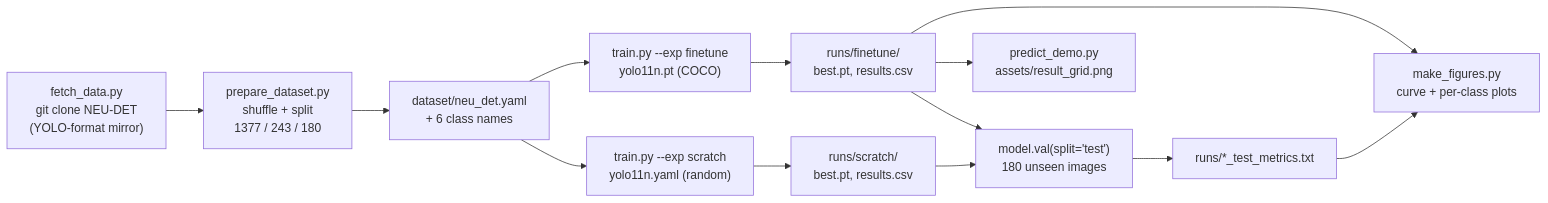
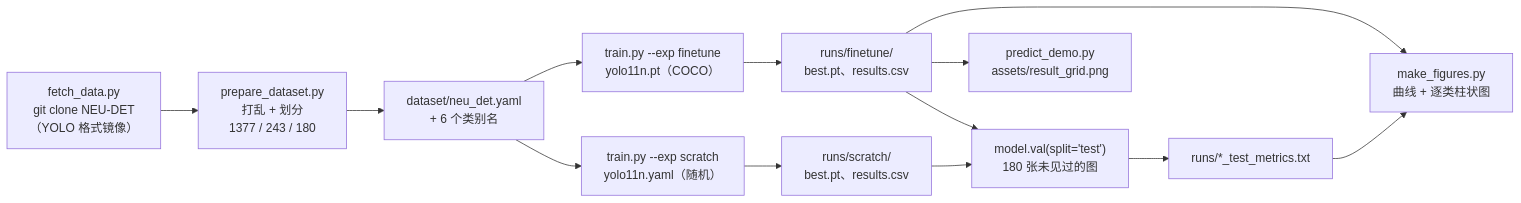
The diagram in README.md (wushaw1102/steel-surface-defect-detection), drawn with Mermaid before and after one commit. The commit also changed other lines of this file and 1 other file, not shown here.

````diff
--- a/README.md
+++ b/README.md
@@ -351,15 +321,15 @@
 ```mermaid
 flowchart LR
-    A["fetch_data.py<br/>git clone NEU-DET<br/>(YOLO-format mirror)"] --> B["prepare_dataset.py<br/>shuffle + split<br/>1377 / 243 / 180"]
-    B --> C["dataset/neu_det.yaml<br/>+ 6 class names"]
-    C --> D1["train.py --exp finetune<br/>yolo11n.pt (COCO)"]
-    C --> D2["train.py --exp scratch<br/>yolo11n.yaml (random)"]
-    D1 --> E1["runs/finetune/<br/>best.pt, results.csv"]
-    D2 --> E2["runs/scratch/<br/>best.pt, results.csv"]
-    E1 --> F["model.val(split='test')<br/>180 unseen images"]
+    A["fetch_data.py<br/>git clone NEU-DET<br/>（YOLO 格式镜像）"] --> B["prepare_dataset.py<br/>打乱 + 划分<br/>1377 / 243 / 180"]
+    B --> C["dataset/neu_det.yaml<br/>+ 6 个类别名"]
+    C --> D1["train.py --exp finetune<br/>yolo11n.pt（COCO）"]
+    C --> D2["train.py --exp scratch<br/>yolo11n.yaml（随机）"]
+    D1 --> E1["runs/finetune/<br/>best.pt、results.csv"]
+    D2 --> E2["runs/scratch/<br/>best.pt、results.csv"]
+    E1 --> F["model.val(split='test')<br/>180 张未见过的图"]
     E2 --> F
     F --> G["runs/*_test_metrics.txt"]
     E1 --> H["predict_demo.py<br/>assets/result_grid.png"]
-    E1 --> I["make_figures.py<br/>curve + per-class plots"]
+    E1 --> I["make_figures.py<br/>曲线 + 逐类柱状图"]
     G --> I
 ```
````
